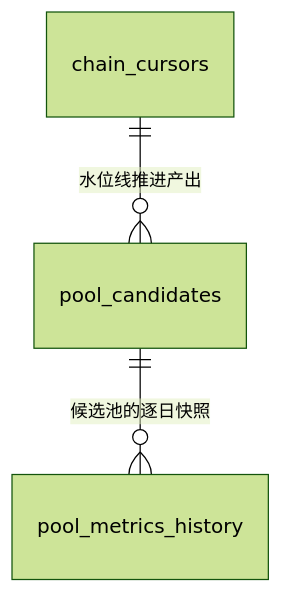
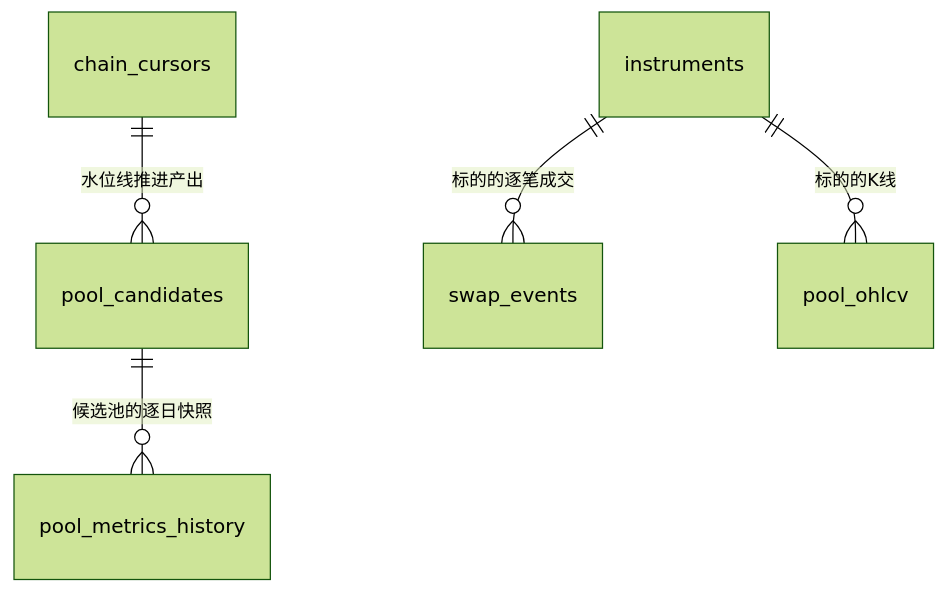
One commit to chenhouzhenjob/alpha-research-engine changed the diagram in SCHEMA.md. Above: the diagram before and after it, drawn with Mermaid (forest theme). The commit also changed other lines of this file and 119 other files, not shown here.

````diff
--- a/SCHEMA.md
+++ b/SCHEMA.md
@@ -25,5 +29,7 @@
 ```mermaid
 erDiagram
     chain_cursors ||--o{ pool_candidates : "水位线推进产出"
     pool_candidates ||--o{ pool_metrics_history : "候选池的逐日快照"
+    instruments ||--o{ swap_events : "标的的逐笔成交"
+    instruments ||--o{ pool_ohlcv : "标的的K线"
 ```
````
